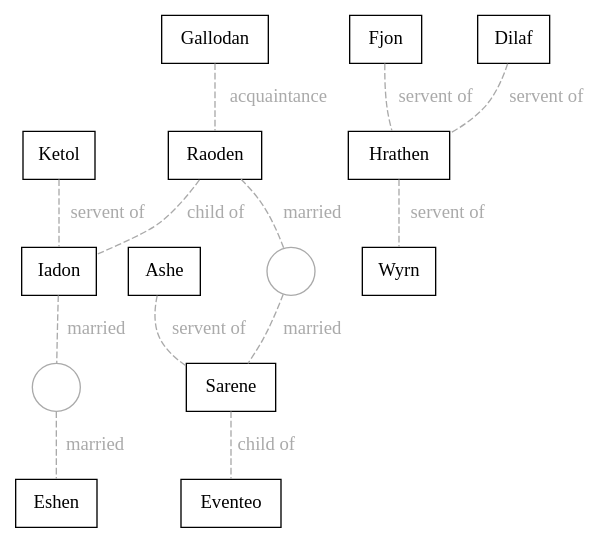
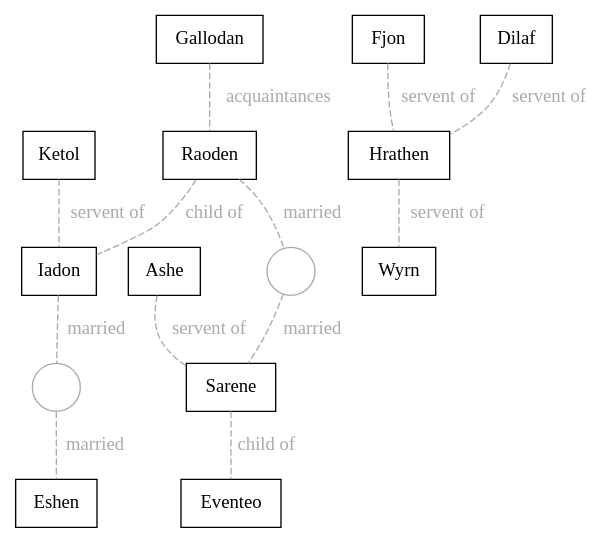
The diagram in tech/networkVisualizer/dot/elantris.dot (christopherball/christopherball.github.io), drawn with Graphviz before and after one commit. The commit also changed 1 other file, not shown here.

Commit message:
Fixing acquaintances bug.

```diff
--- a/tech/networkVisualizer/dot/elantris.dot
+++ b/tech/networkVisualizer/dot/elantris.dot
@@ -1,76 +1,76 @@
 digraph {
   // Global properties
   edge [dir=none, color="#AAAAAA", arrowhead="none"]
   compound=true
 
   // Characters
   subgraph Males {
     node [color="black", fillcolor="lightblue", shape="box"]
     Raoden
     Gallodan
     Eventeo
     Ashe
     Fjon
     Iadon
     Ketol
     Dilaf
     Hrathen
     Wyrn
   }
   subgraph Females {
     node [color="black", fillcolor="pink", shape="box"]
     Sarene
     Eshen
   }
 
   // Married
   edge [label="married", dir=none, color="#AAAAAA", arrowhead="none", style="dashed", fontcolor="#AAAAAA"]
   node [color="#AAAAAA", fillcolor="transparent" shape="circle" label=""]
   Iadon -> mar1 -> Eshen
   Raoden -> mar2 -> Sarene
 
   // Lovers
   edge [label="lovers", dir=none, color="#AAAAAA", arrowhead="none", style="dashed", fontcolor="#AAAAAA"]
   node [color="#AAAAAA", fillcolor="transparent" shape="circle" label=""]
 
 
   // Cousins
   edge [label="cousins", dir=none, color="#AAAAAA", arrowhead="none", fontcolor="#AAAAAA"]
 
 
   // Friends
   edge [label="friends", dir=none, color="#AAAAAA", arrowhead="none", fontcolor="#AAAAAA"]
 
 
   // Frenemies
   edge [label="frenemies", dir=none, color="#AAAAAA", arrowhead="none", fontcolor="#AAAAAA"]
 
 
   // Acquaintances
-  edge [label="acquaintance", dir=forward, color="#AAAAAA", arrowhead="none", fontcolor="#AAAAAA"]
+  edge [label="acquaintances", dir=none, color="#AAAAAA", arrowhead="none", fontcolor="#AAAAAA"]
   Gallodan -> Raoden
 
   // Child Of
   edge [label="child of", dir=forward, color="#AAAAAA", arrowhead="none", fontcolor="#AAAAAA"]
   Sarene -> Eventeo
   Raoden -> Iadon
 
   // Foster Child Of
   edge [label="foster child of", dir=forward, color="#AAAAAA", arrowhead="none", fontcolor="#AAAAAA"]
 
 
   // Lieutenant Of
   edge [label="lieutenant of", dir=forward, color="#AAAAAA", arrowhead="none", fontcolor="#AAAAAA"]
 
 
   // Servent Of
   edge [label="servent of", dir=forward, color="#AAAAAA", arrowhead="none", fontcolor="#AAAAAA"]
   Ketol -> Iadon
   Ashe -> Sarene
   Dilaf -> Hrathen
   Fjon -> Hrathen
   Hrathen -> Wyrn
 
   // Nephew Of
   edge [label="nephew of", dir=forward, color="#AAAAAA", arrowhead="none", fontcolor="#AAAAAA"]
 }
```
